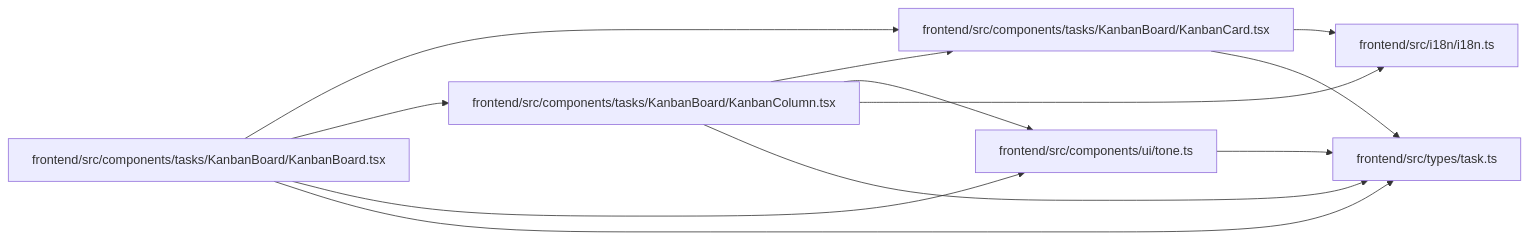
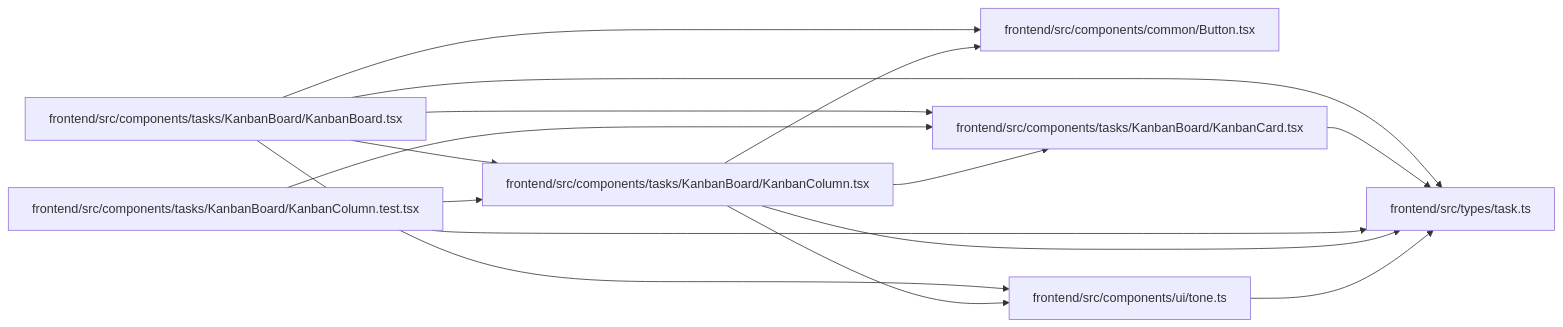
The diagram in docs/llm_wiki/modules/KanbanColumn.md (Denissvgn/WorkChord), drawn with Mermaid before and after one commit. The commit also changed other lines of this file and 296 other files, not shown here.

````diff
--- a/docs/llm_wiki/modules/KanbanColumn.md
+++ b/docs/llm_wiki/modules/KanbanColumn.md
@@ -36,26 +36,31 @@
 ```mermaid
 flowchart LR
-    n0["frontend/src/components/tasks/KanbanBoard/KanbanBoard.tsx"]
-    n1["frontend/src/components/tasks/KanbanBoard/KanbanCard.tsx"]
-    n2["frontend/src/components/tasks/KanbanBoard/KanbanColumn.tsx"]
-    n3["frontend/src/components/ui/tone.ts"]
-    n4["frontend/src/i18n/i18n.ts"]
-    n5["frontend/src/types/task.ts"]
-    n0 --> n1
-    n0 --> n2
-    n0 --> n3
-    n0 --> n5
+    n0["frontend/src/components/common/Button.tsx"]
+    n1["frontend/src/components/tasks/KanbanBoard/KanbanBoard.tsx"]
+    n2["frontend/src/components/tasks/KanbanBoard/KanbanCard.tsx"]
+    n3["frontend/src/components/tasks/KanbanBoard/KanbanColumn.test.tsx"]
+    n4["frontend/src/components/tasks/KanbanBoard/KanbanColumn.tsx"]
+    n5["frontend/src/components/ui/tone.ts"]
+    n6["frontend/src/types/task.ts"]
+    n1 --> n0
+    n1 --> n2
     n1 --> n4
     n1 --> n5
-    n2 --> n1
-    n2 --> n3
-    n2 --> n4
-    n2 --> n5
-    n3 --> n5
-    click n0 "../modules/KanbanBoard.md"
-    click n1 "../modules/KanbanCard.md"
-    click n2 "../modules/KanbanColumn.md"
-    click n3 "../modules/tone.md"
-    click n4 "../modules/i18n.md"
-    click n5 "../modules/types_task.md"
+    n1 --> n6
+    n2 --> n6
+    n3 --> n2
+    n3 --> n4
+    n3 --> n6
+    n4 --> n0
+    n4 --> n2
+    n4 --> n5
+    n4 --> n6
+    n5 --> n6
+    click n0 "../modules/Button.md"
+    click n1 "../modules/KanbanBoard.md"
+    click n2 "../modules/KanbanCard.md"
+    click n3 "../modules/KanbanColumn.test.md"
+    click n4 "../modules/KanbanColumn.md"
+    click n5 "../modules/tone.md"
+    click n6 "../modules/types_task.md"
 ```
````
